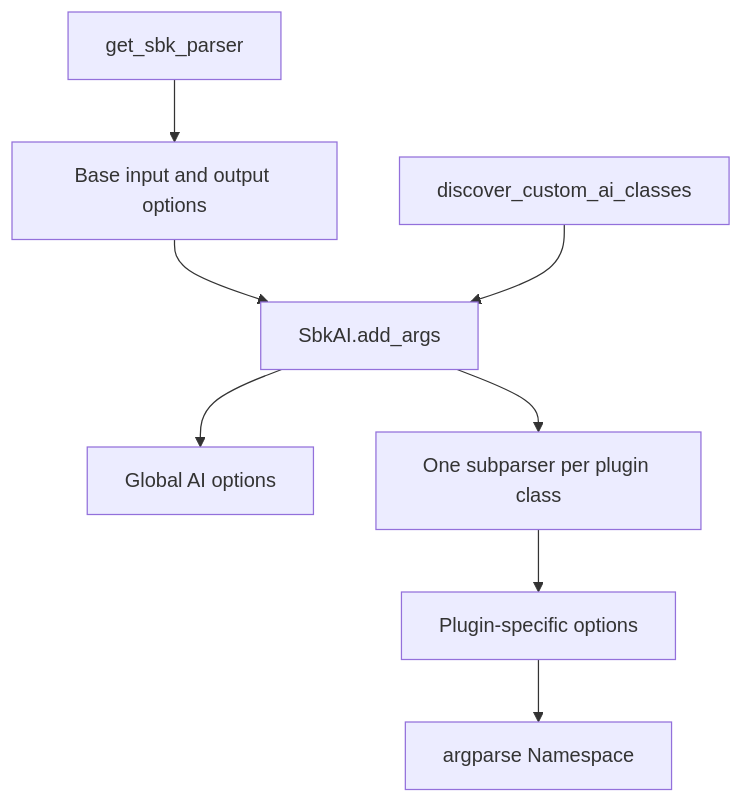
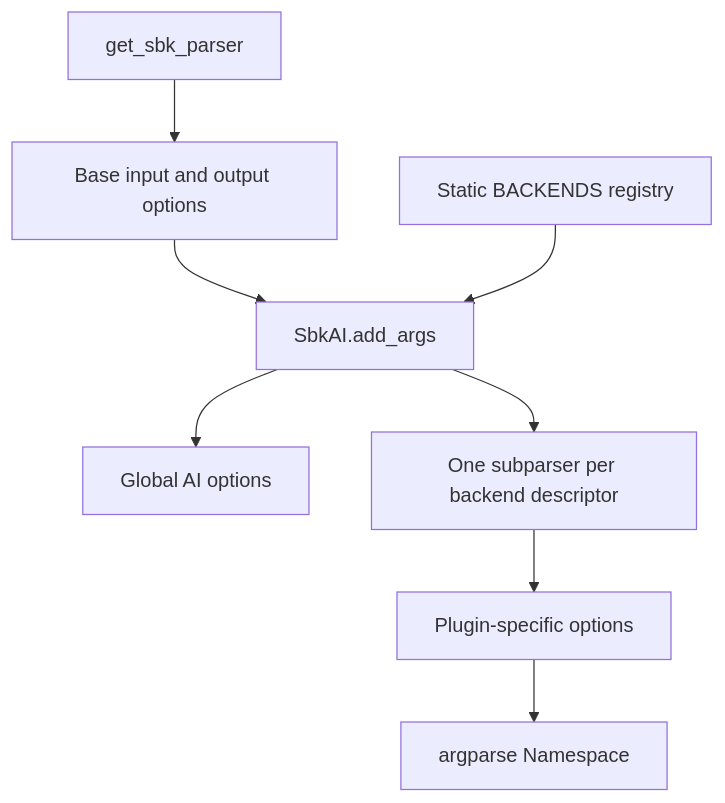
Before and after one commit to kmgowda/sbk-charts: the third of 8 diagrams in docs/ARCHITECTURE.md, drawn with Mermaid. The commit also changed other lines of this file and 38 other files, not shown here.

````diff
--- a/docs/ARCHITECTURE.md
+++ b/docs/ARCHITECTURE.md
@@ -123,10 +123,10 @@
 ```mermaid
 flowchart TD
     A[get_sbk_parser] --> B[Base input and output options]
     B --> C[SbkAI.add_args]
-    D[discover_custom_ai_classes] --> C
+    D[Static BACKENDS registry] --> C
     C --> E[Global AI options]
-    C --> F[One subparser per plugin class]
+    C --> F[One subparser per backend descriptor]
     F --> G[Plugin-specific options]
     G --> H[argparse Namespace]
 ```
````
